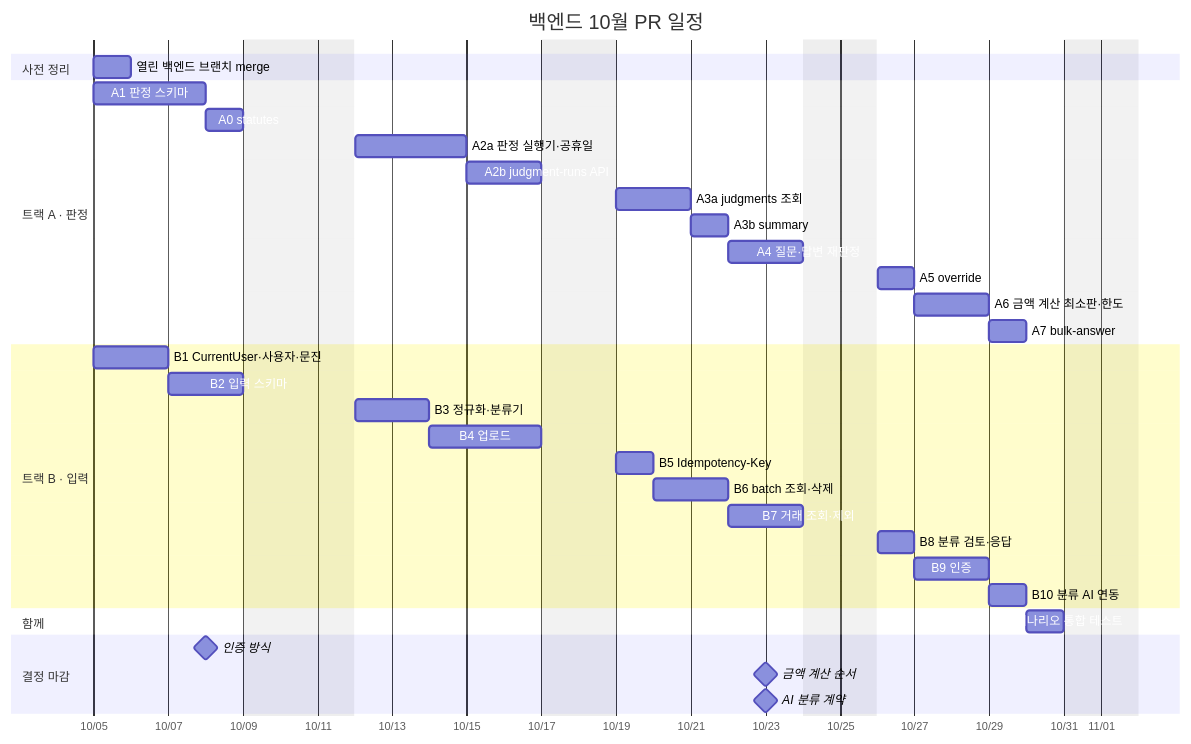
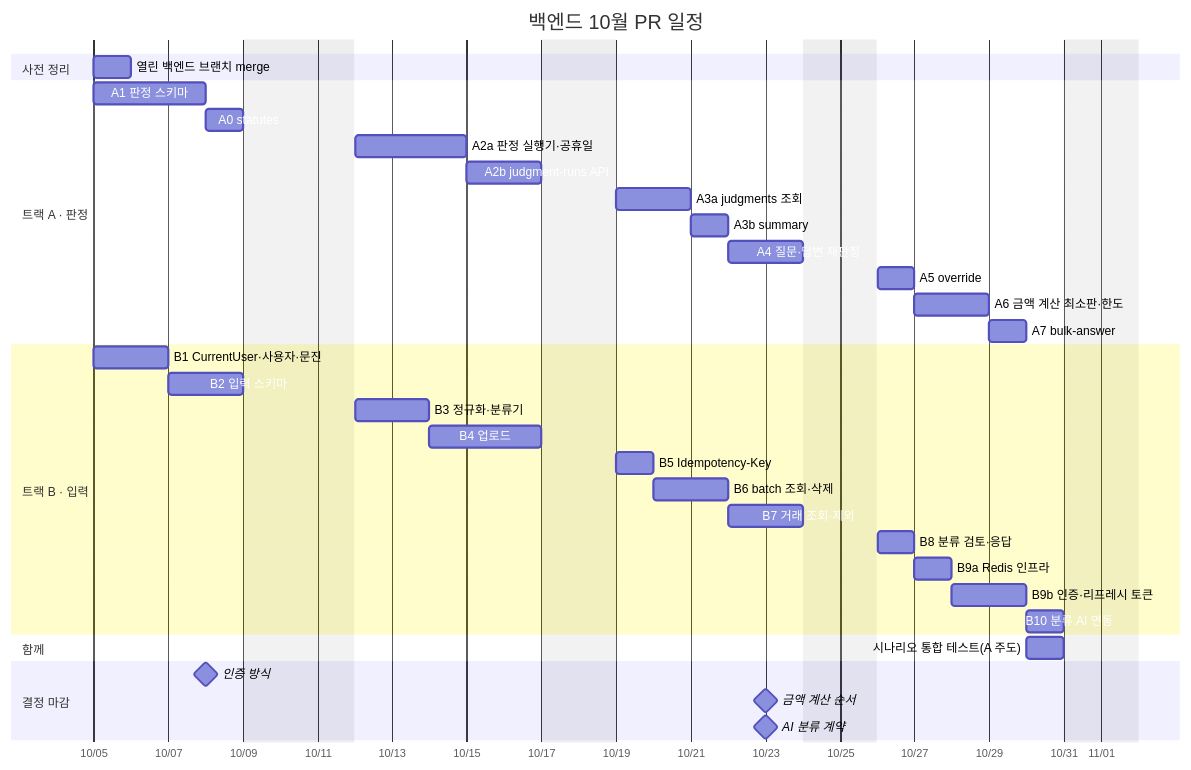
The first of 3 diagrams in docs/backend_api_plan.md (RainDrop3/ktc4-pusan-4), drawn with Mermaid before and after one commit. The commit also changed other lines of this file, not shown here.

Commit message:
docs: 리프레시 토큰 Redis 저장 결정 반영

````diff
--- a/docs/backend_api_plan.md
+++ b/docs/backend_api_plan.md
@@ -19,42 +20,43 @@
 ```mermaid
 gantt
     title 백엔드 10월 PR 일정
     dateFormat YYYY-MM-DD
     axisFormat %m/%d
     excludes weekends, 2026-10-09
 
     section 사전 정리
     열린 백엔드 브랜치 merge     :pre, 2026-10-05, 1d
 
     section 트랙 A · 판정
     A1 판정 스키마               :a1, 2026-10-05, 3d
     A0 statutes                  :a0, after a1, 1d
     A2a 판정 실행기·공휴일       :a2a, 2026-10-12, 3d
     A2b judgment-runs API        :a2b, after a2a, 2d
     A3a judgments 조회           :a3a, 2026-10-19, 2d
     A3b summary                  :a3b, after a3a, 1d
     A4 질문·답변 재판정          :a4, after a3b, 2d
     A5 override                  :a5, 2026-10-26, 1d
     A6 금액 계산 최소판·한도     :a6, after a5, 2d
     A7 bulk-answer               :a7, after a6, 1d
 
     section 트랙 B · 입력
     B1 CurrentUser·사용자·문진   :b1, 2026-10-05, 2d
     B2 입력 스키마               :b2, after b1, 2d
     B3 정규화·분류기             :b3, 2026-10-12, 2d
     B4 업로드                    :b4, after b3, 3d
     B5 Idempotency-Key           :b5, 2026-10-19, 1d
     B6 batch 조회·삭제           :b6, after b5, 2d
     B7 거래 조회·제외            :b7, after b6, 2d
     B8 분류 검토·응답            :b8, 2026-10-26, 1d
-    B9 인증                      :b9, after b8, 2d
-    B10 분류 AI 연동             :b10, after b9, 1d
+    B9a Redis 인프라             :b9a, after b8, 1d
+    B9b 인증·리프레시 토큰       :b9b, after b9a, 2d
+    B10 분류 AI 연동             :b10, after b9b, 1d
 
     section 함께
-    시나리오 통합 테스트         :it, 2026-10-30, 1d
+    시나리오 통합 테스트(A 주도) :it, 2026-10-30, 1d
 
     section 결정 마감
     인증 방식                    :milestone, d1, 2026-10-08, 0d
     금액 계산 순서               :milestone, d2, 2026-10-23, 0d
     AI 분류 계약                 :milestone, d3, 2026-10-23, 0d
 ```
````
